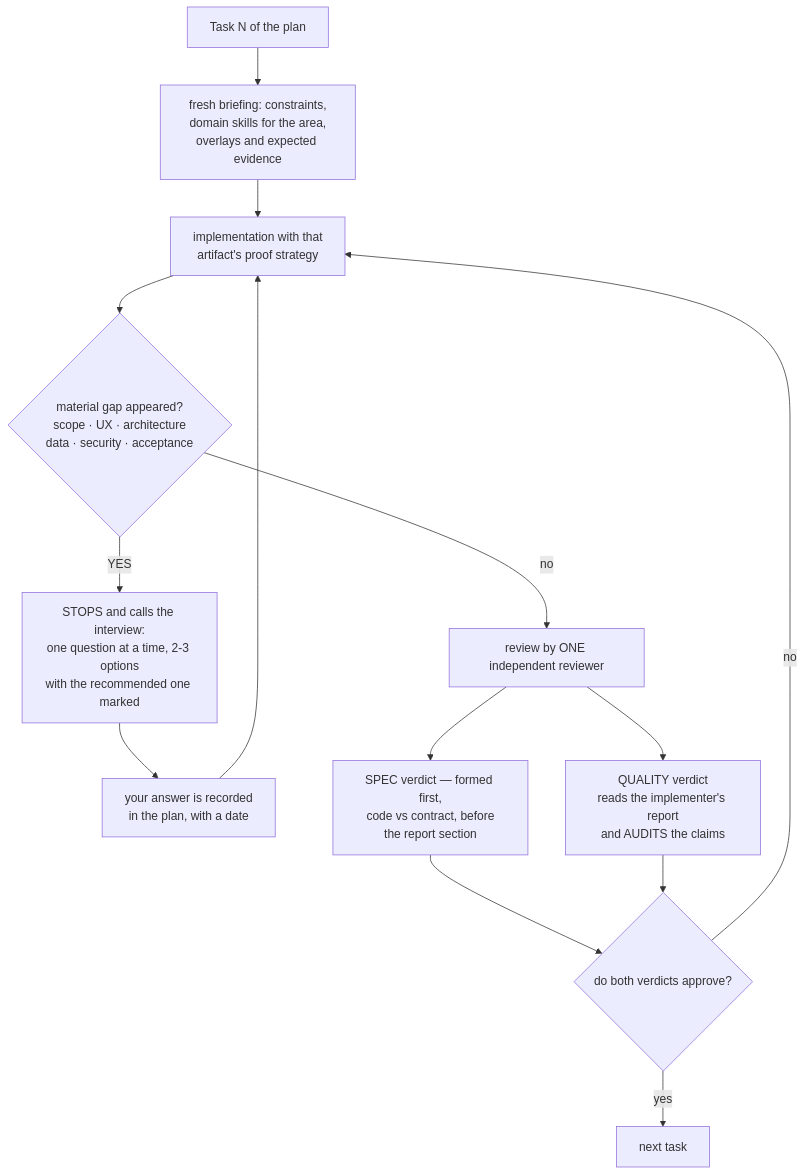
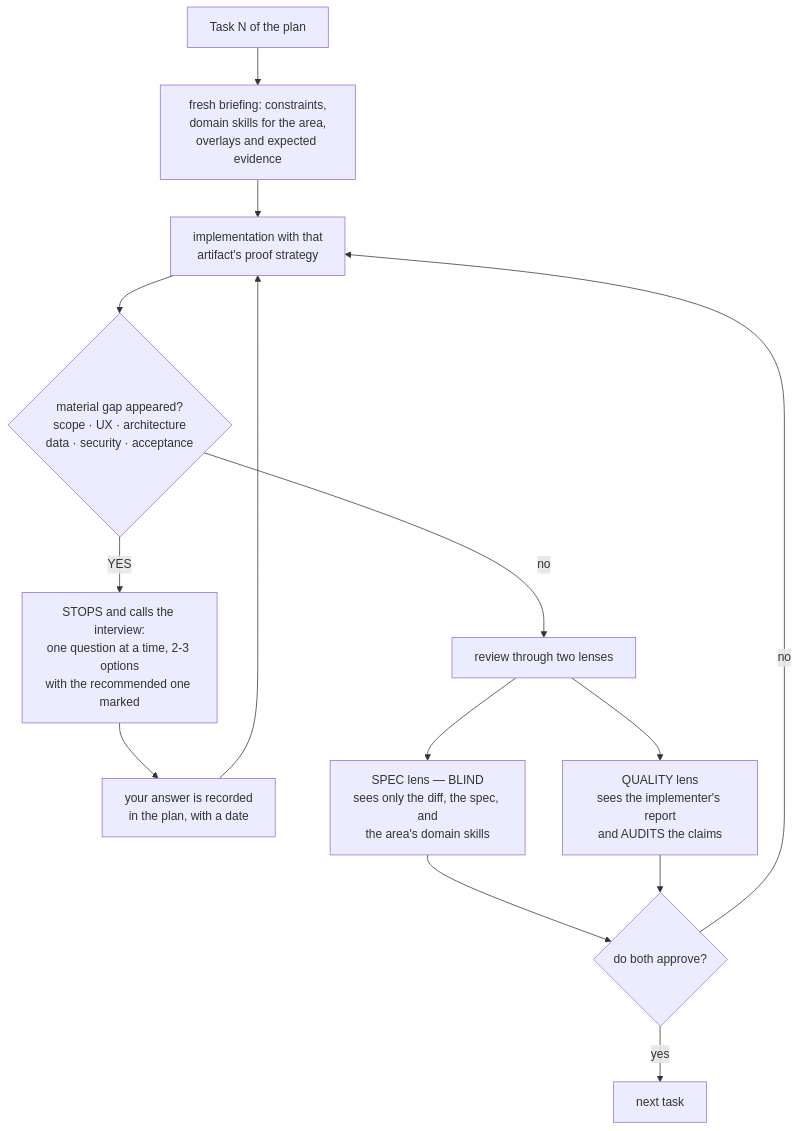
One commit to rpelizza/PelizzAI changed the third of 8 diagrams in README.md. Above: the diagram before and after it, drawn with Mermaid. The commit also changed other lines of this file and 438 other files, not shown here.

````diff
--- a/README.md
+++ b/README.md
@@ -151,16 +140,16 @@
 ```mermaid
 flowchart TD
     T["Task N of the plan"] --> BRIEF["fresh briefing: constraints,<br/>domain skills for the area,<br/>overlays and expected evidence"]
     BRIEF --> IMPL["implementation with that<br/>artifact's proof strategy"]
     IMPL --> GAP{"material gap appeared?<br/>scope · UX · architecture<br/>data · security · acceptance"}
     GAP -- "YES" --> IV["STOPS and calls the interview:<br/>one question at a time, 2-3 options<br/>with the recommended one marked"]
     IV --> REG["your answer is recorded<br/>in the plan, with a date"]
     REG --> IMPL
-    GAP -- "no" --> REV["review by ONE independent reviewer"]
-    REV --> L1["SPEC verdict — formed first,<br/>code vs contract, before<br/>the report section"]
-    REV --> L2["QUALITY verdict<br/>reads the implementer's report<br/>and AUDITS the claims"]
-    L1 --> OK{"do both verdicts approve?"}
+    GAP -- "no" --> REV["review through two lenses"]
+    REV --> L1["SPEC lens — BLIND<br/>sees only the diff, the spec, and<br/>the area's domain skills"]
+    REV --> L2["QUALITY lens<br/>sees the implementer's report<br/>and AUDITS the claims"]
+    L1 --> OK{"do both approve?"}
     L2 --> OK
     OK -- "no" --> IMPL
     OK -- "yes" --> NEXT["next task"]
 ```
````
